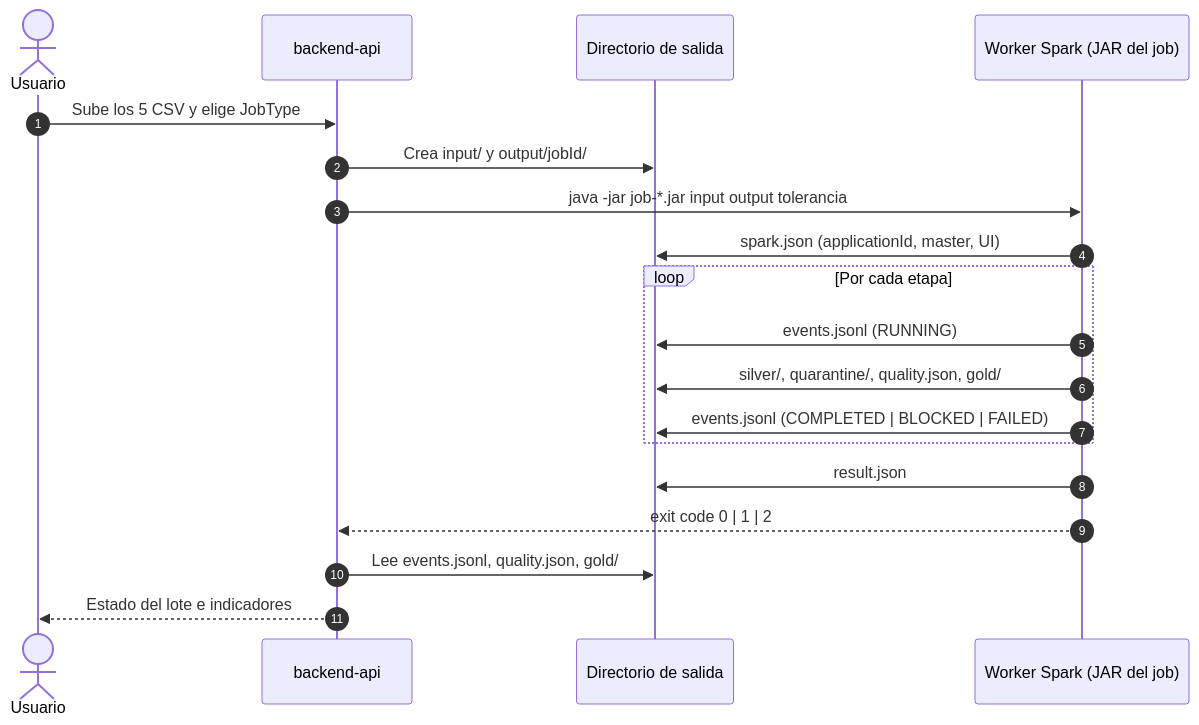
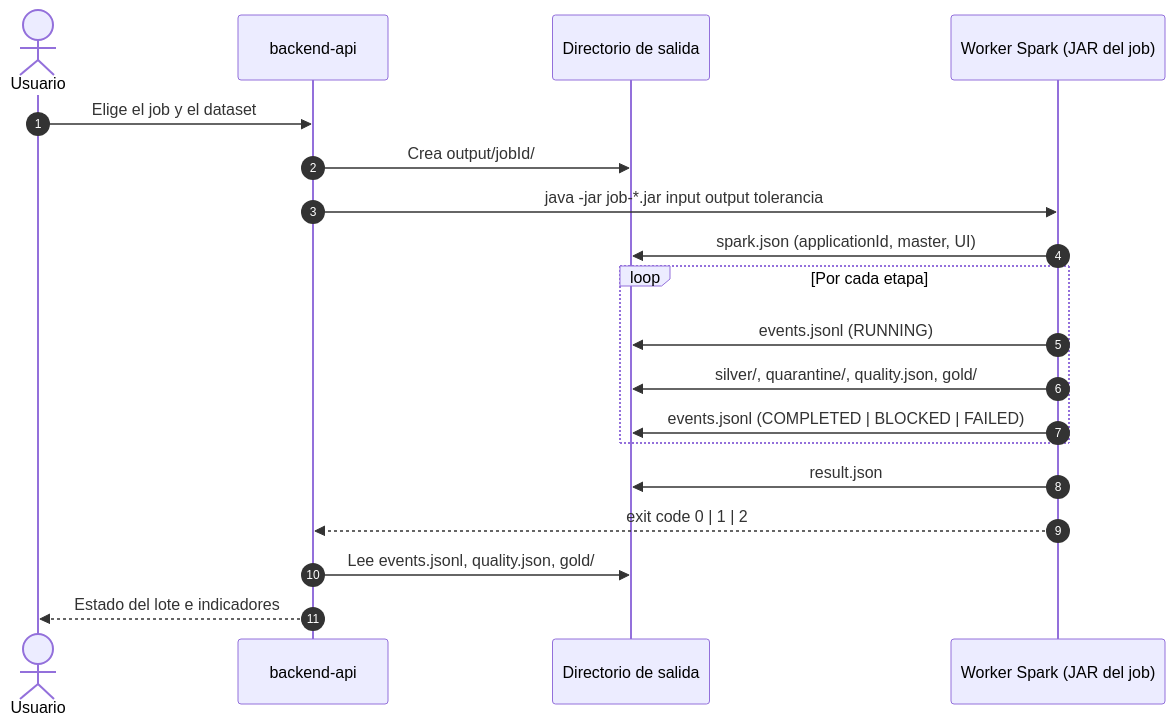
One commit to vallegrande/00_IsaelFatama-Bigdata-Spark changed the second of 8 diagrams in README.md. Above: the diagram before and after it, drawn with Mermaid. The commit also changed other lines of this file and 202 other files, not shown here.

````diff
--- a/README.md
+++ b/README.md
@@ -110,22 +124,22 @@
 ```mermaid
 sequenceDiagram
     autonumber
     actor U as Usuario
     participant API as backend-api
     participant FS as Directorio de salida
     participant W as Worker Spark (JAR del job)
 
-    U->>API: Sube los 5 CSV y elige JobType
-    API->>FS: Crea input/ y output/jobId/
+    U->>API: Elige el job y el dataset
+    API->>FS: Crea output/jobId/
     API->>W: java -jar job-*.jar input output tolerancia
     W->>FS: spark.json (applicationId, master, UI)
     loop Por cada etapa
         W->>FS: events.jsonl (RUNNING)
         W->>FS: silver/, quarantine/, quality.json, gold/
         W->>FS: events.jsonl (COMPLETED | BLOCKED | FAILED)
     end
     W->>FS: result.json
     W-->>API: exit code 0 | 1 | 2
     API->>FS: Lee events.jsonl, quality.json, gold/
     API-->>U: Estado del lote e indicadores
 ```
````
